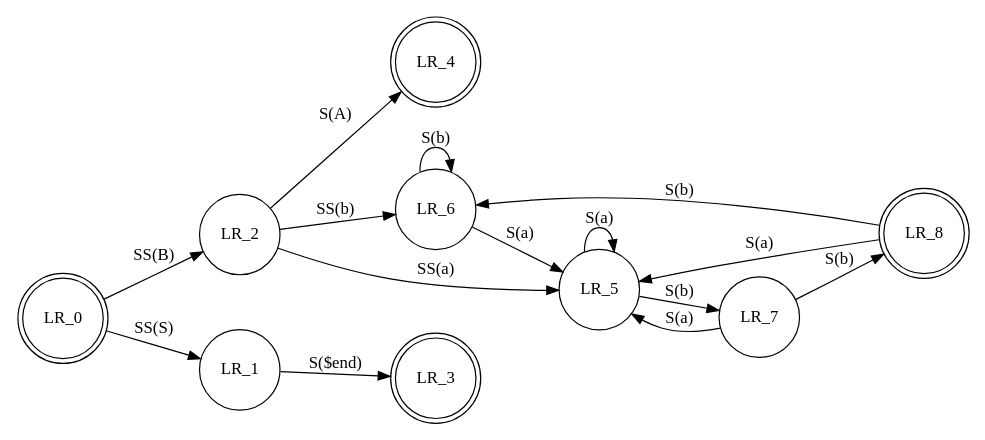
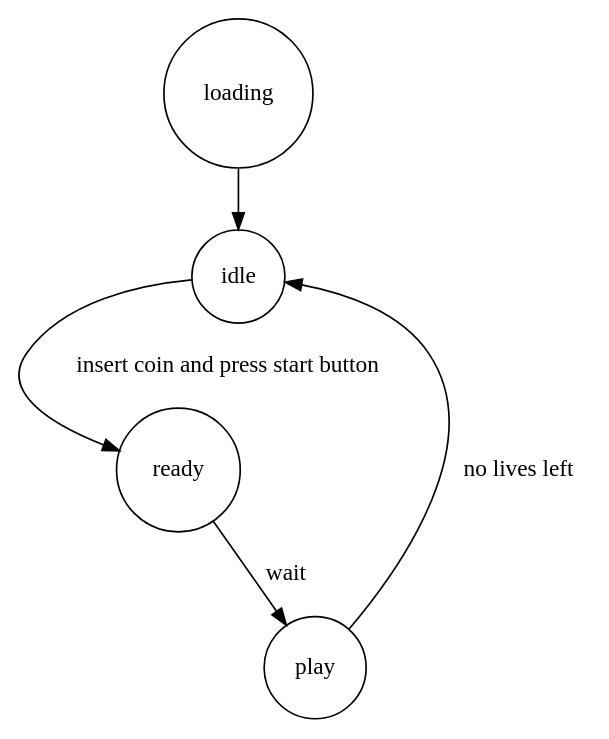
The diagram in graph.gv (filipbartek/pacman-dfsm), drawn with Graphviz before and after one commit.

Commit message:
graph.gv: Added simple diagram of Pac-Man
Removed original example. Added high abstraction level diagram of
Pac-Man.

```diff
--- a/graph.gv
+++ b/graph.gv
@@ -1,24 +1,18 @@
 # Source:
 # http://www.graphviz.org/content/fsm
 # http://www.graphviz.org/Gallery/directed/fsm.gv.txt
 
-digraph finite_state_machine {
-	rankdir=LR;
-	size="8,5"
-	node [shape = doublecircle]; LR_0 LR_3 LR_4 LR_8;
-	node [shape = circle];
-	LR_0 -> LR_2 [ label = "SS(B)" ];
-	LR_0 -> LR_1 [ label = "SS(S)" ];
-	LR_1 -> LR_3 [ label = "S($end)" ];
-	LR_2 -> LR_6 [ label = "SS(b)" ];
-	LR_2 -> LR_5 [ label = "SS(a)" ];
-	LR_2 -> LR_4 [ label = "S(A)" ];
-	LR_5 -> LR_7 [ label = "S(b)" ];
-	LR_5 -> LR_5 [ label = "S(a)" ];
-	LR_6 -> LR_6 [ label = "S(b)" ];
-	LR_6 -> LR_5 [ label = "S(a)" ];
-	LR_7 -> LR_8 [ label = "S(b)" ];
-	LR_7 -> LR_5 [ label = "S(a)" ];
-	LR_8 -> LR_6 [ label = "S(b)" ];
-	LR_8 -> LR_5 [ label = "S(a)" ];
+digraph pacman_dfsm {
+
+node [shape = circle];
+loading [ label = "loading" ];
+idle [ label = "idle" ];
+ready [ label = "ready" ];
+play [ label = "play" ];
+
+loading -> idle;
+idle -> ready [ label = "insert coin and press start button" ]
+ready -> play [ label = "wait" ];
+play -> idle [ label = "no lives left" ];
+
 }
```
